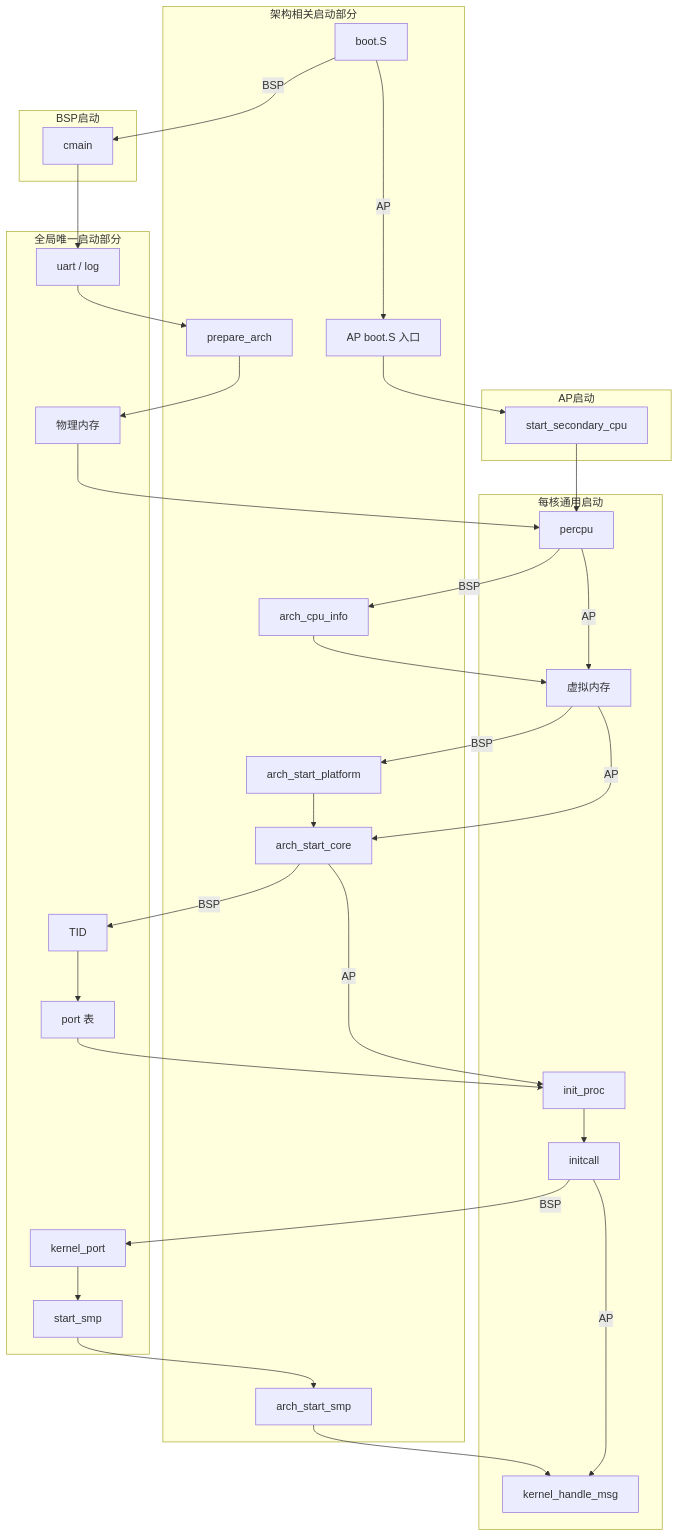
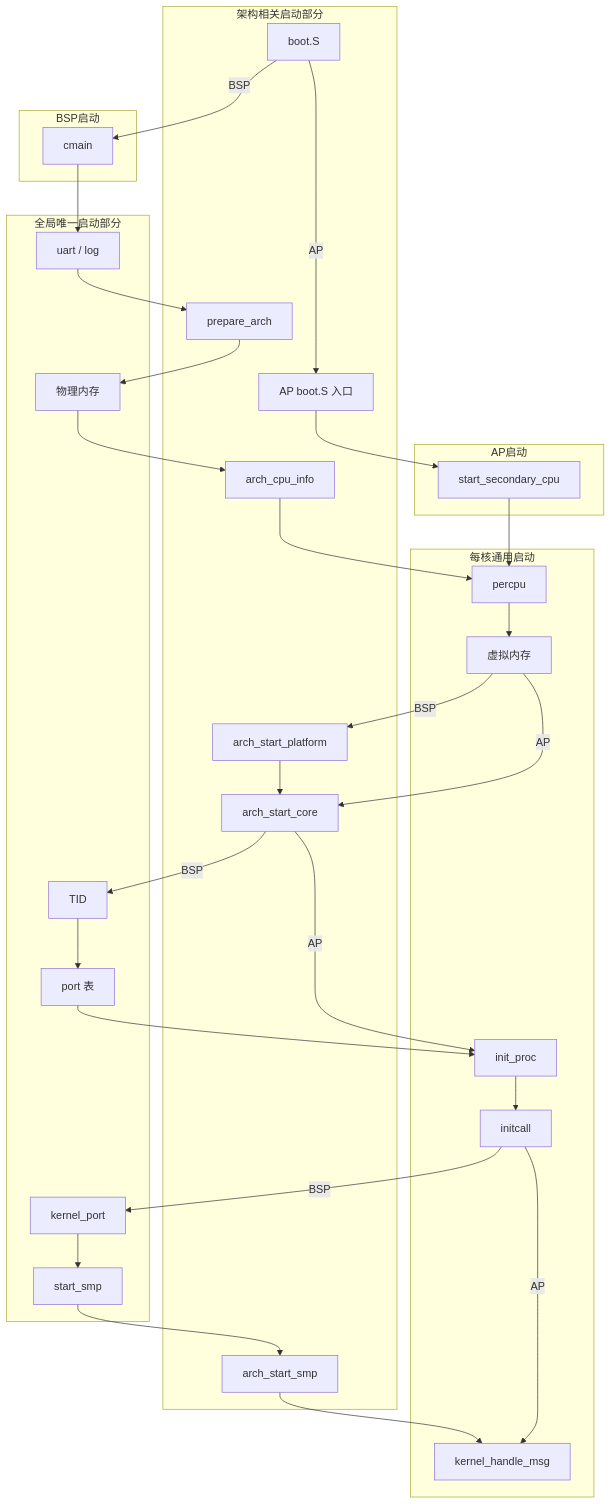
The diagram in docs/v0.1/full/01-启动与初始化/02-启动流程总览.md (ZhiyuanSue/RendezvOS), drawn with Mermaid before and after one commit. The commit also changed other lines of this file and 36 other files, not shown here.

````diff
--- a/docs/v0.1/full/01-启动与初始化/02-启动流程总览.md
+++ b/docs/v0.1/full/01-启动与初始化/02-启动流程总览.md
@@ -37,39 +37,38 @@
 ```mermaid
 flowchart TB
   subgraph arch["架构相关启动部分"]
     b1["boot.S"]
     prep["prepare_arch"]
     info["arch_cpu_info"]
     plat["arch_start_platform"]
     core["arch_start_core"]
     apentry["AP boot.S 入口"]
     archsmp["arch_start_smp"]
   end
   subgraph bsp["BSP启动"]
     cmain["cmain"]
   end
   subgraph platform["全局唯一启动部分"]
     u["uart / log"]
     phy["物理内存"]
     tid["TID"]
     gport["port 表"]
     kport["kernel_port"]
     smp["start_smp"]
   end
   subgraph ap["AP启动"]
     sec["start_secondary_cpu"]
   end
   subgraph common["每核通用启动"]
     cpu["percpu"]
     virt["虚拟内存"]
     proc["init_proc"]
     init["initcall"]
     loop["kernel_handle_msg"]
   end
-  b1 -- BSP --> cmain --> u --> prep --> phy --> cpu -- BSP --> info --> virt -- BSP --> plat --> core
+  b1 -- BSP --> cmain --> u --> prep --> phy --> info --> cpu --> virt -- BSP --> plat --> core
   b1 -- AP --> apentry --> sec --> cpu
-  cpu -- AP -->virt
   virt -- AP --> core -- BSP --> tid --> gport --> proc --> init -- BSP --> kport --> smp --> archsmp --> loop
   core -- AP --> proc
   init -- AP --> loop
 ```
````
